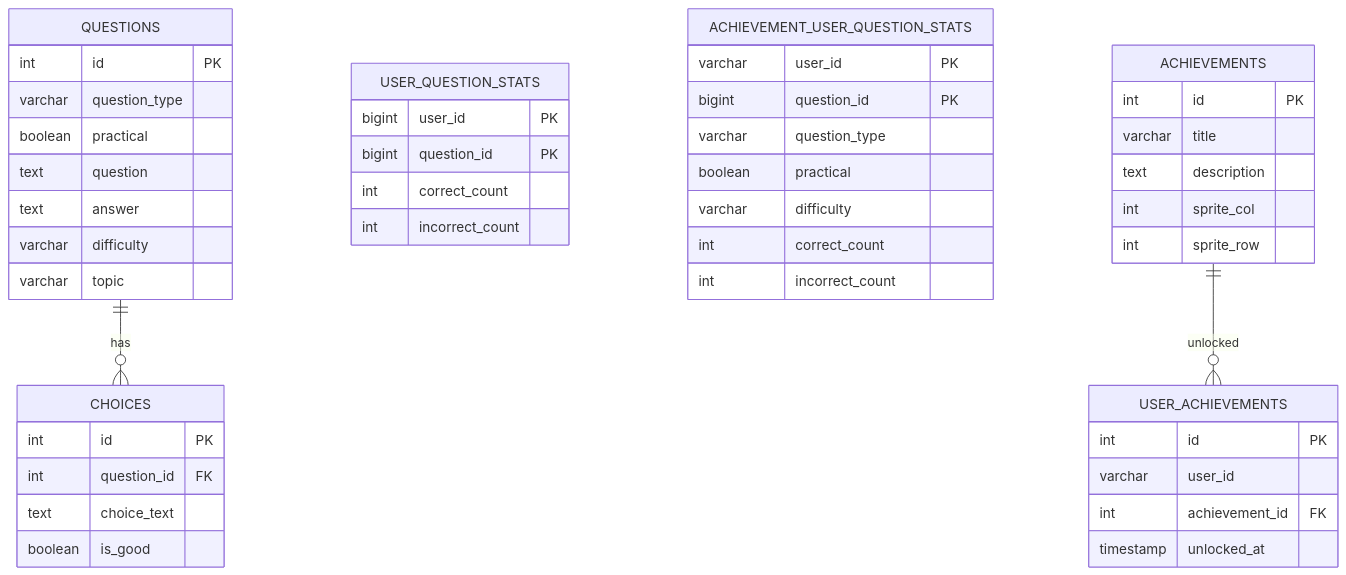
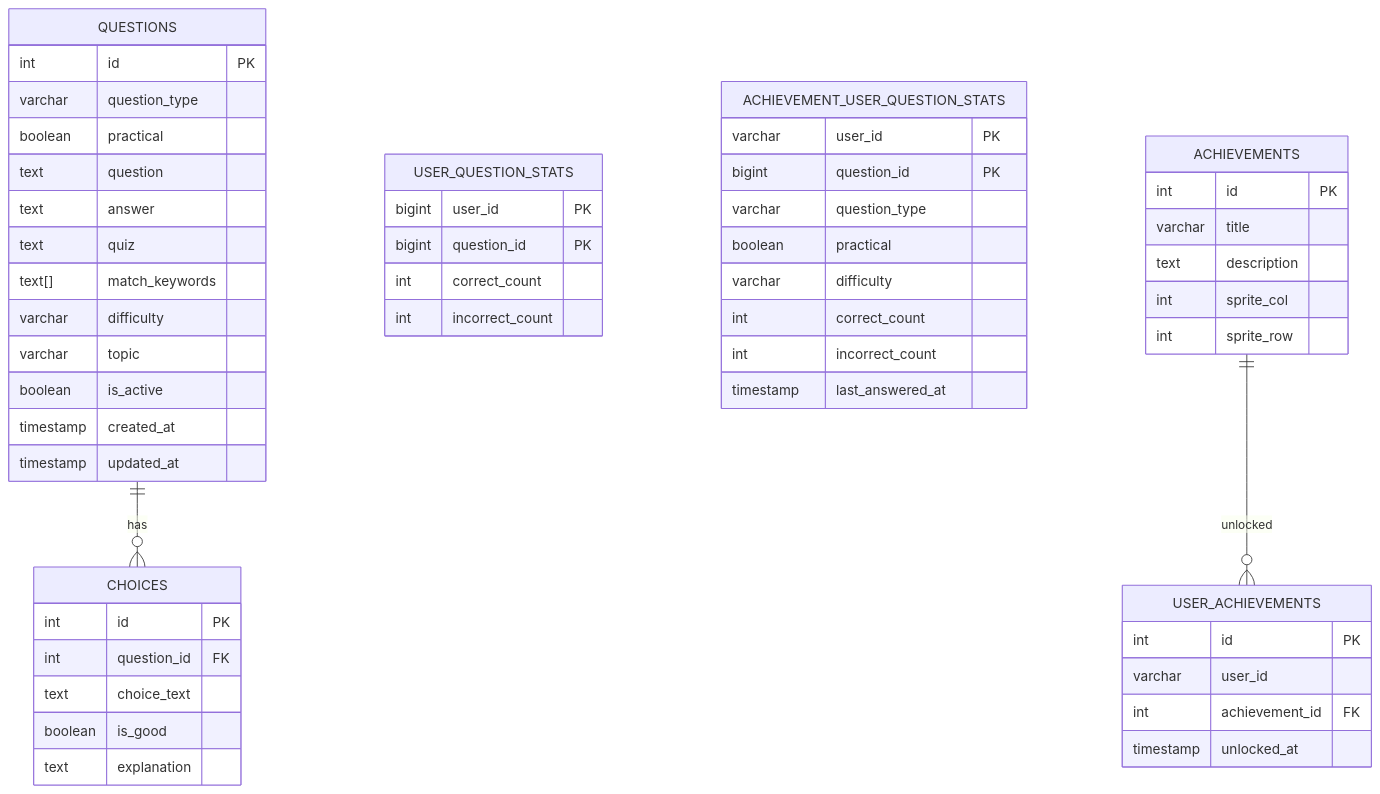
The third of 3 diagrams in README.md (danielrajmon/node-learn), drawn with Mermaid before and after one commit. The commit also changed other lines of this file and 1 other file, not shown here.

````diff
--- a/README.md
+++ b/README.md
@@ -80,51 +81,58 @@
 ```mermaid
 erDiagram
 	QUESTIONS ||--o{ CHOICES : has
 	QUESTIONS {
 		int id PK
 		varchar question_type
 		boolean practical
 		text question
 		text answer
+		text quiz
+		text[] match_keywords
 		varchar difficulty
 		varchar topic
+		boolean is_active
+		timestamp created_at
+		timestamp updated_at
 	}
 	CHOICES {
 		int id PK
 		int question_id FK
 		text choice_text
 		boolean is_good
+		text explanation
 	}
     
 	USER_QUESTION_STATS {
 		bigint user_id PK
 		bigint question_id PK
 		int correct_count
 		int incorrect_count
 	}
     
 	ACHIEVEMENT_USER_QUESTION_STATS {
 		varchar user_id PK
 		bigint question_id PK
 		varchar question_type
 		boolean practical
 		varchar difficulty
 		int correct_count
 		int incorrect_count
+		timestamp last_answered_at
 	}
     
 	ACHIEVEMENTS ||--o{ USER_ACHIEVEMENTS : unlocked
 	ACHIEVEMENTS {
 		int id PK
 		varchar title
 		text description
 		int sprite_col
 		int sprite_row
 	}
 	USER_ACHIEVEMENTS {
 		int id PK
 		varchar user_id
 		int achievement_id FK
 		timestamp unlocked_at
 	}
 ```
````
